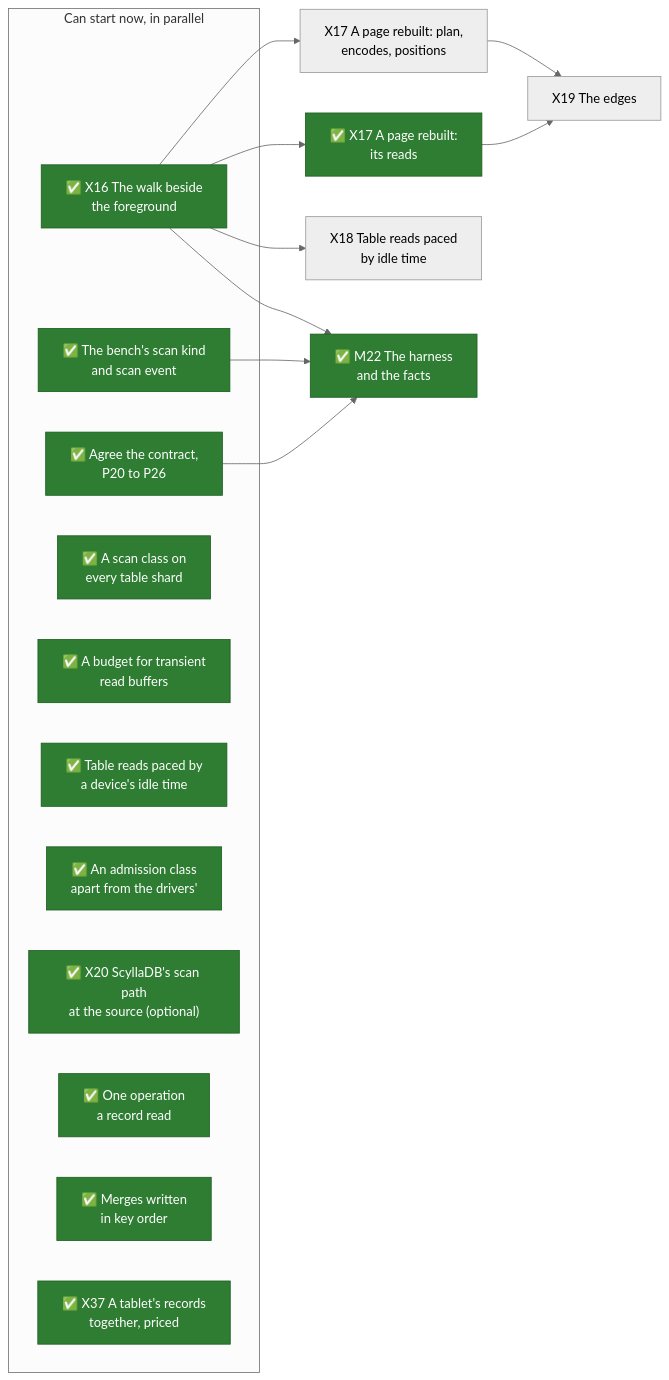
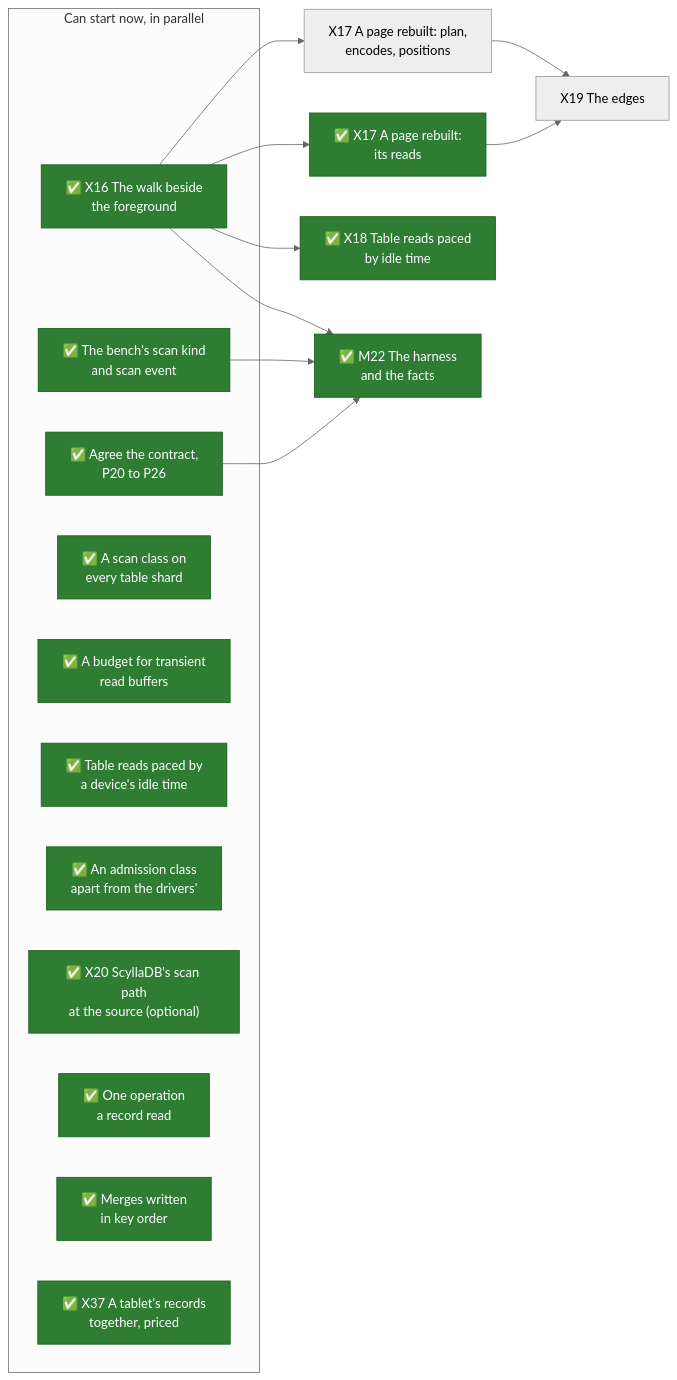
Before and after one commit to mjcarson/shoal: the first of 2 diagrams in docs/src/future-work/scans/whats-left-todo.md, drawn with Mermaid (neutral theme). The commit also changed other lines of this file and 111 other files, not shown here.

````diff
--- a/docs/src/future-work/scans/whats-left-todo.md
+++ b/docs/src/future-work/scans/whats-left-todo.md
@@ -38,31 +38,31 @@
 ```mermaid
 flowchart LR
     classDef done fill:#2e7d32,stroke:#1b5e20,color:#ffffff
     classDef optional stroke-dasharray: 5 5
     subgraph now["Can start now, in parallel"]
         Contract["✅ Agree the contract,<br>P20 to P26"]:::done
         X16["✅ X16 The walk beside<br>the foreground"]:::done
         Bench["✅ The bench's scan kind<br>and scan event"]:::done
         Class["✅ A scan class on<br>every table shard"]:::done
         Budget["✅ A budget for transient<br>read buffers"]:::done
         Pace["✅ Table reads paced by<br>a device's idle time"]:::done
         Admit["✅ An admission class<br>apart from the drivers'"]:::done
         X20["✅ X20 ScyllaDB's scan path<br>at the source (optional)"]:::done
         Read1["✅ One operation<br>a record read"]:::done
         Sorted["✅ Merges written<br>in key order"]:::done
         X37["✅ X37 A tablet's records<br>together, priced"]:::done
     end
     X17["✅ X17 A page rebuilt:<br>its reads"]:::done
     X17b["X17 A page rebuilt: plan,<br>encodes, positions"]
-    X18["X18 Table reads paced<br>by idle time"]
+    X18["✅ X18 Table reads paced<br>by idle time"]:::done
     X19["X19 The edges"]
     M22["✅ M22 The harness<br>and the facts"]:::done
     X16 --> X17
     X16 --> X17b
     X16 --> X18
     X17 --> X19
     X17b --> X19
     Contract --> M22
     Bench --> M22
     X16 --> M22
 ```
````
